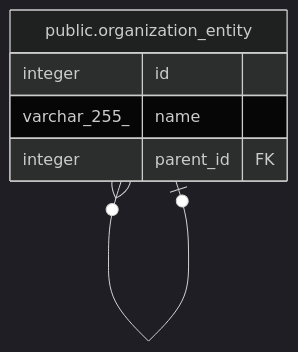
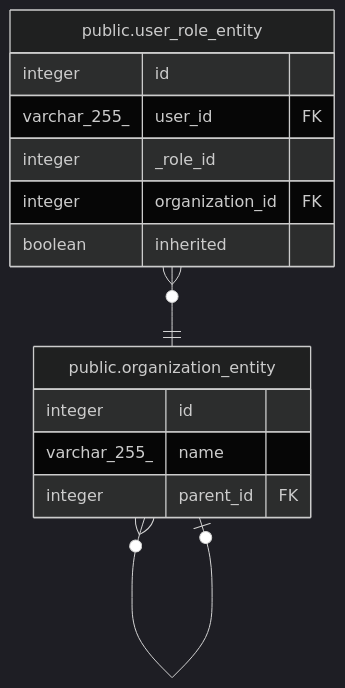
Before and after one commit to gpo/grassroots: the diagram in doc/schema/public.organization_entity.md, drawn with Mermaid (dark theme). The commit also changed other lines of this file and 4 other files, not shown here.

````diff
--- a/doc/schema/public.organization_entity.md
+++ b/doc/schema/public.organization_entity.md
@@ -28,11 +28,19 @@
 ```mermaid
 erDiagram
 
 "public.organization_entity" }o--o| "public.organization_entity" : ""
+"public.user_role_entity" }o--|| "public.organization_entity" : ""
 
 "public.organization_entity" {
   integer id
   varchar_255_ name
   integer parent_id FK
 }
+"public.user_role_entity" {
+  integer id
+  varchar_255_ user_id FK
+  integer _role_id
+  integer organization_id FK
+  boolean inherited
+}
 ```
````
